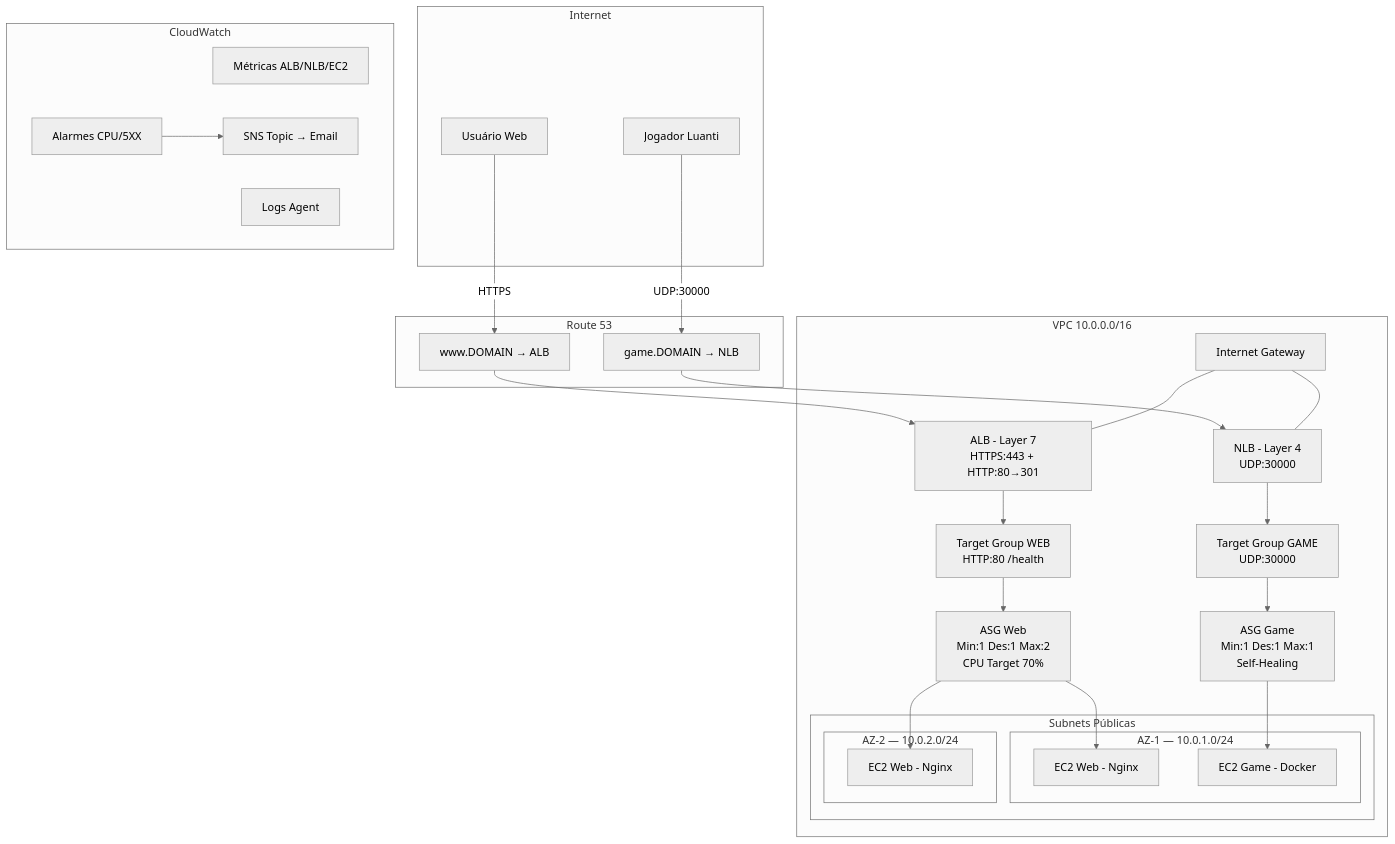
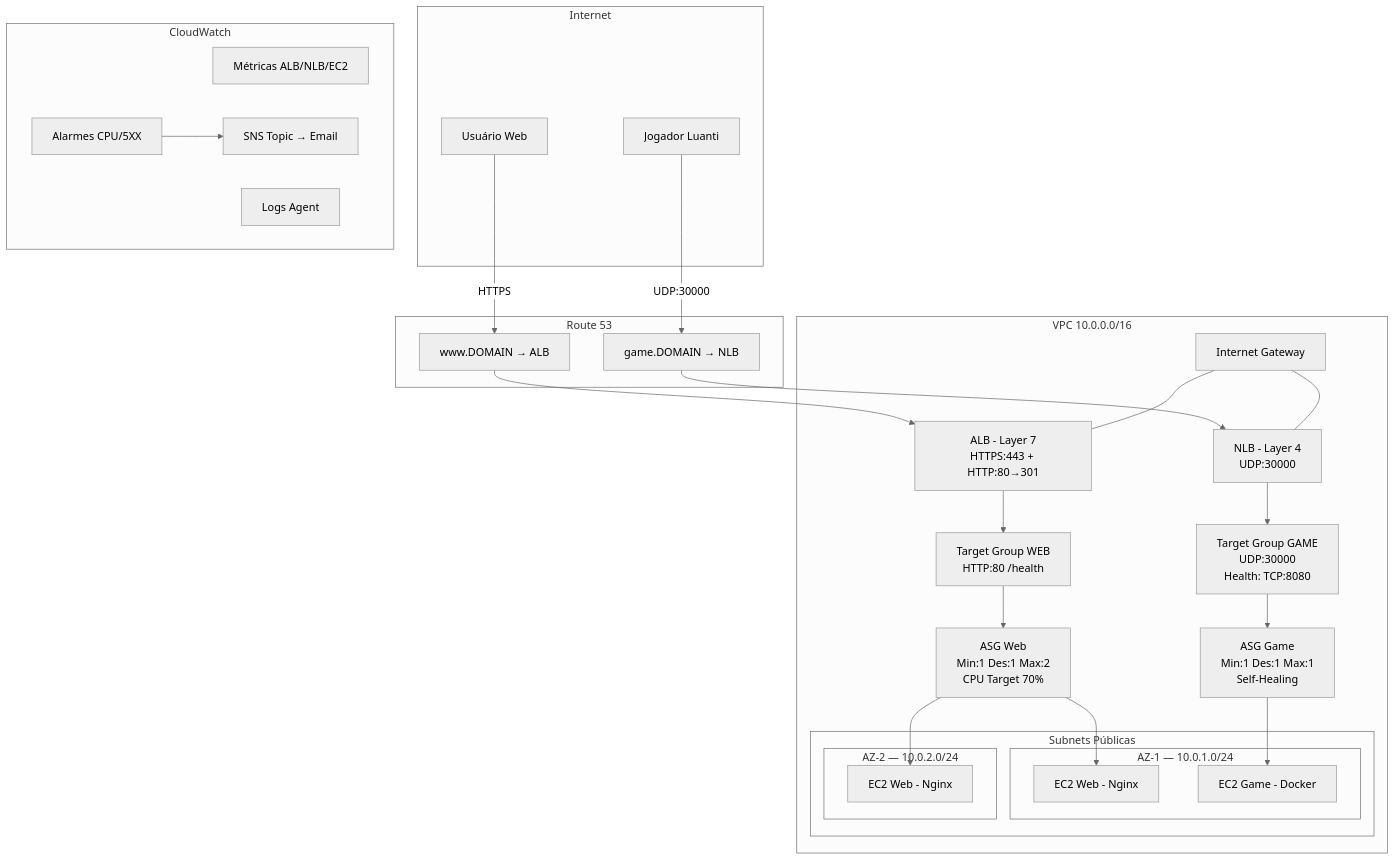
Before and after one commit to luizinhesta/AWS-Network-Load-Balancer: the diagram in README.md, drawn with Mermaid (neutral theme). The commit also changed other lines of this file and 10 other files, not shown here.

````diff
--- a/README.md
+++ b/README.md
@@ -58,50 +51,50 @@
 ```mermaid
 graph TB
     subgraph Internet
         U[Usuário Web]
         P[Jogador Luanti]
     end
 
     subgraph Route53[Route 53]
         DNS_WEB[www.DOMAIN → ALB]
         DNS_GAME[game.DOMAIN → NLB]
     end
 
     subgraph VPC[VPC 10.0.0.0/16]
         subgraph PublicSubnets[Subnets Públicas]
             subgraph AZ1[AZ-1 — 10.0.1.0/24]
                 EC2_WEB_1[EC2 Web - Nginx]
                 EC2_GAME_1[EC2 Game - Docker]
             end
             subgraph AZ2[AZ-2 — 10.0.2.0/24]
                 EC2_WEB_2[EC2 Web - Nginx]
             end
         end
 
         IGW[Internet Gateway]
         ALB[ALB - Layer 7<br/>HTTPS:443 + HTTP:80→301]
         NLB[NLB - Layer 4<br/>UDP:30000]
 
         TG_WEB[Target Group WEB<br/>HTTP:80 /health]
-        TG_GAME[Target Group GAME<br/>UDP:30000]
+        TG_GAME[Target Group GAME<br/>UDP:30000<br/>Health: TCP:8080]
 
         ASG_WEB[ASG Web<br/>Min:1 Des:1 Max:2<br/>CPU Target 70%]
         ASG_GAME[ASG Game<br/>Min:1 Des:1 Max:1<br/>Self-Healing]
     end
 
     subgraph Monitoring[CloudWatch]
         CW_METRICS[Métricas ALB/NLB/EC2]
         CW_ALARMS[Alarmes CPU/5XX]
         CW_LOGS[Logs Agent]
         SNS[SNS Topic → Email]
     end
 
     U -->|HTTPS| DNS_WEB --> ALB
     P -->|UDP:30000| DNS_GAME --> NLB
     ALB --> TG_WEB --> ASG_WEB
     NLB --> TG_GAME --> ASG_GAME
     ASG_WEB --> EC2_WEB_1 & EC2_WEB_2
     ASG_GAME --> EC2_GAME_1
     IGW --- ALB & NLB
     CW_ALARMS --> SNS
 ```
````
